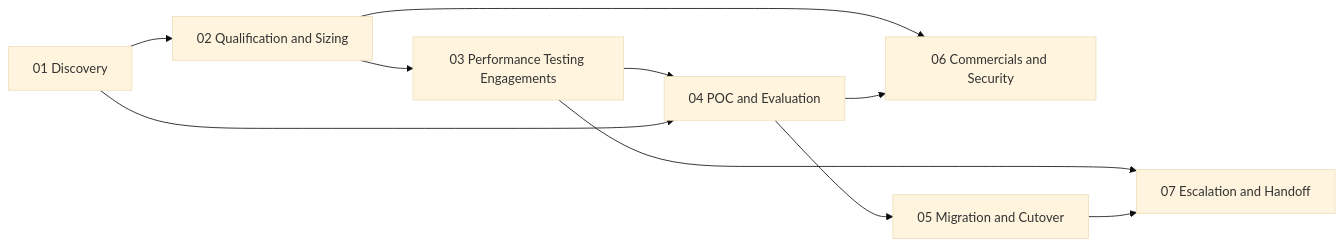
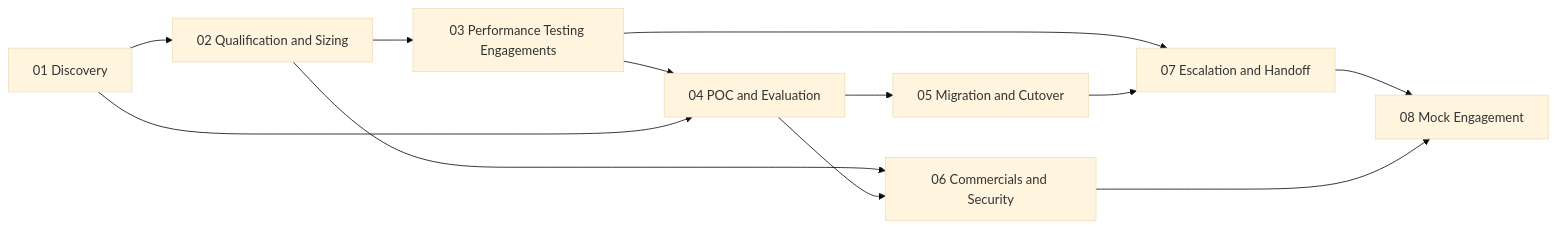
The diagram in field-engineering/README.md (urmzd/supersource), drawn with Mermaid (base theme) before and after one commit. The commit also changed other lines of this file and 2080 other files, not shown here.

````diff
--- a/field-engineering/README.md
+++ b/field-engineering/README.md
@@ -30,12 +30,14 @@
 ```mermaid
 graph LR
     D[01 Discovery] --> Q[02 Qualification and Sizing]
     Q --> P[03 Performance Testing Engagements]
     Q --> C[06 Commercials and Security]
     P --> POC[04 POC and Evaluation]
     D --> POC
     POC --> M[05 Migration and Cutover]
     POC --> C
     P --> E[07 Escalation and Handoff]
     M --> E
+    E --> MOCK[08 Mock Engagement]
+    C --> MOCK
 ```
````
